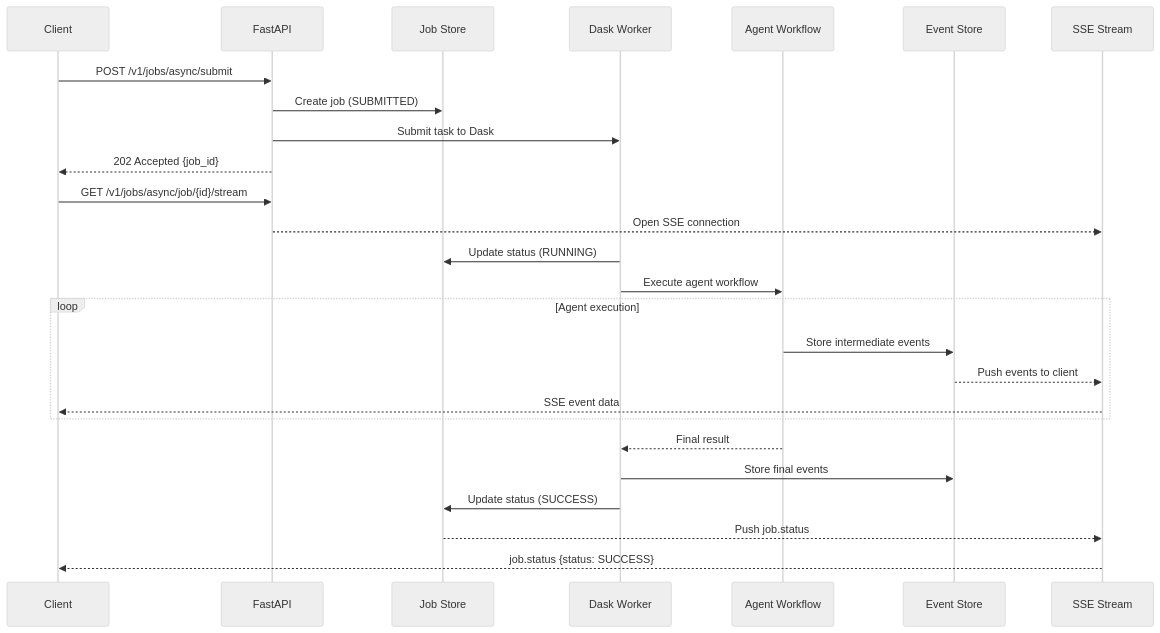
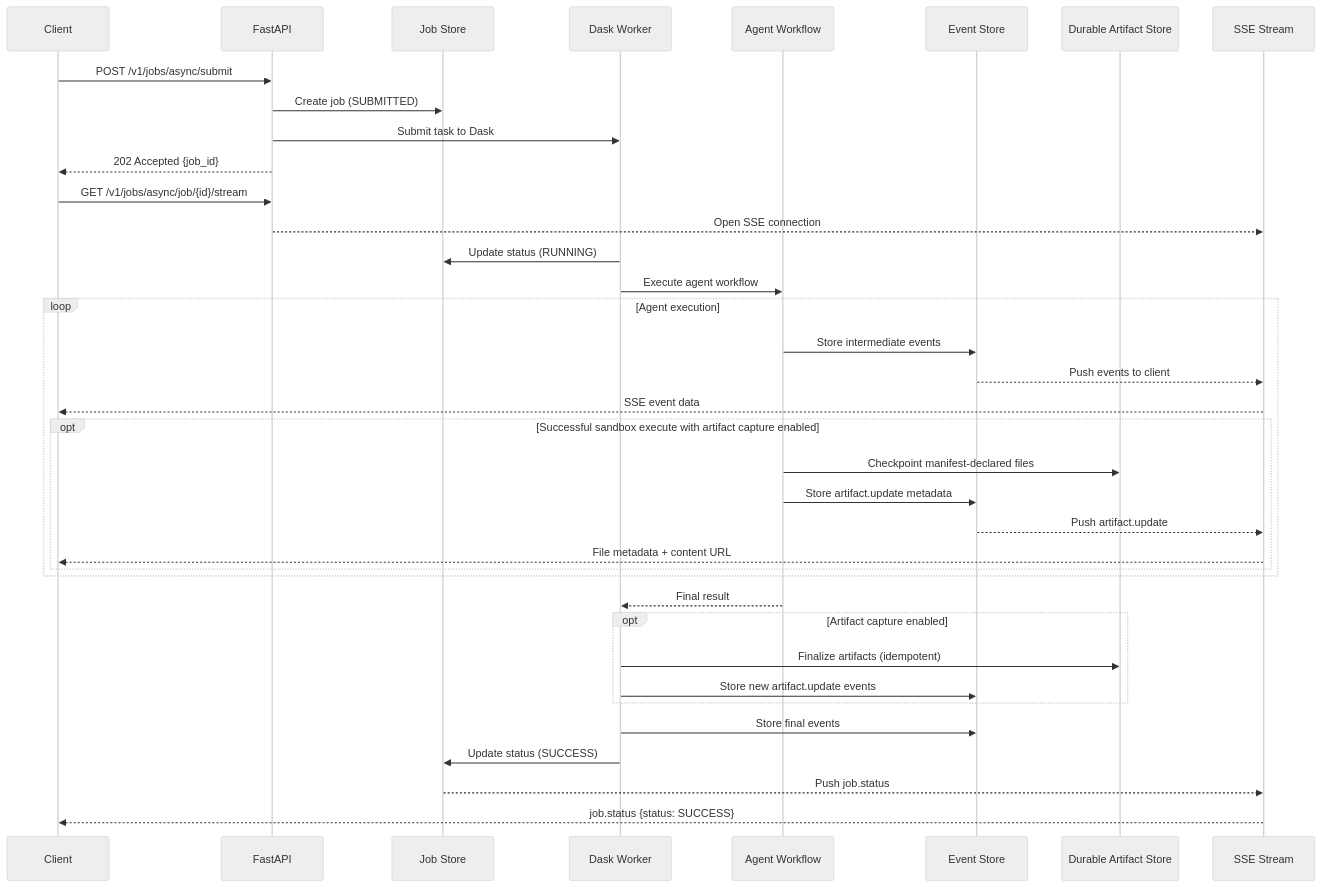
Before and after one commit to aalmahrooqi/aiq-financial: the first of 3 diagrams in docs/source/architecture/data-flow.md, drawn with Mermaid (neutral theme). The commit also changed other lines of this file and 32 other files, not shown here.

````diff
--- a/docs/source/architecture/data-flow.md
+++ b/docs/source/architecture/data-flow.md
@@ -18,33 +18,44 @@
 ```mermaid
 sequenceDiagram
     participant C as Client
     participant API as FastAPI
     participant JS as Job Store
     participant D as Dask Worker
     participant A as Agent Workflow
     participant ES as Event Store
+    participant AS as Durable Artifact Store
     participant SSE as SSE Stream
 
     C->>API: POST /v1/jobs/async/submit
     API->>JS: Create job (SUBMITTED)
     API->>D: Submit task to Dask
     API-->>C: 202 Accepted {job_id}
 
     C->>API: GET /v1/jobs/async/job/{id}/stream
     API-->>SSE: Open SSE connection
 
     D->>JS: Update status (RUNNING)
     D->>A: Execute agent workflow
 
     loop Agent execution
         A->>ES: Store intermediate events
         ES-->>SSE: Push events to client
         SSE-->>C: SSE event data
+        opt Successful sandbox execute with artifact capture enabled
+            A->>AS: Checkpoint manifest-declared files
+            A->>ES: Store artifact.update metadata
+            ES-->>SSE: Push artifact.update
+            SSE-->>C: File metadata + content URL
+        end
     end
 
     A-->>D: Final result
+    opt Artifact capture enabled
+        D->>AS: Finalize artifacts (idempotent)
+        D->>ES: Store new artifact.update events
+    end
     D->>ES: Store final events
     D->>JS: Update status (SUCCESS)
     JS-->>SSE: Push job.status
     SSE-->>C: job.status {status: SUCCESS}
 ```
````
